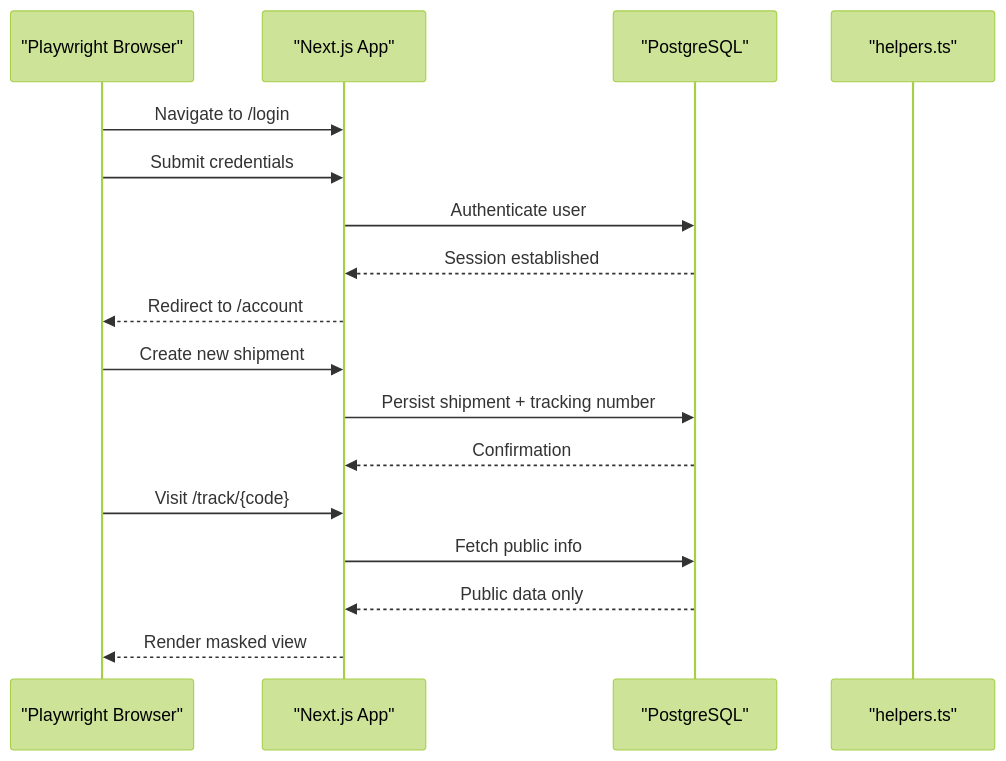
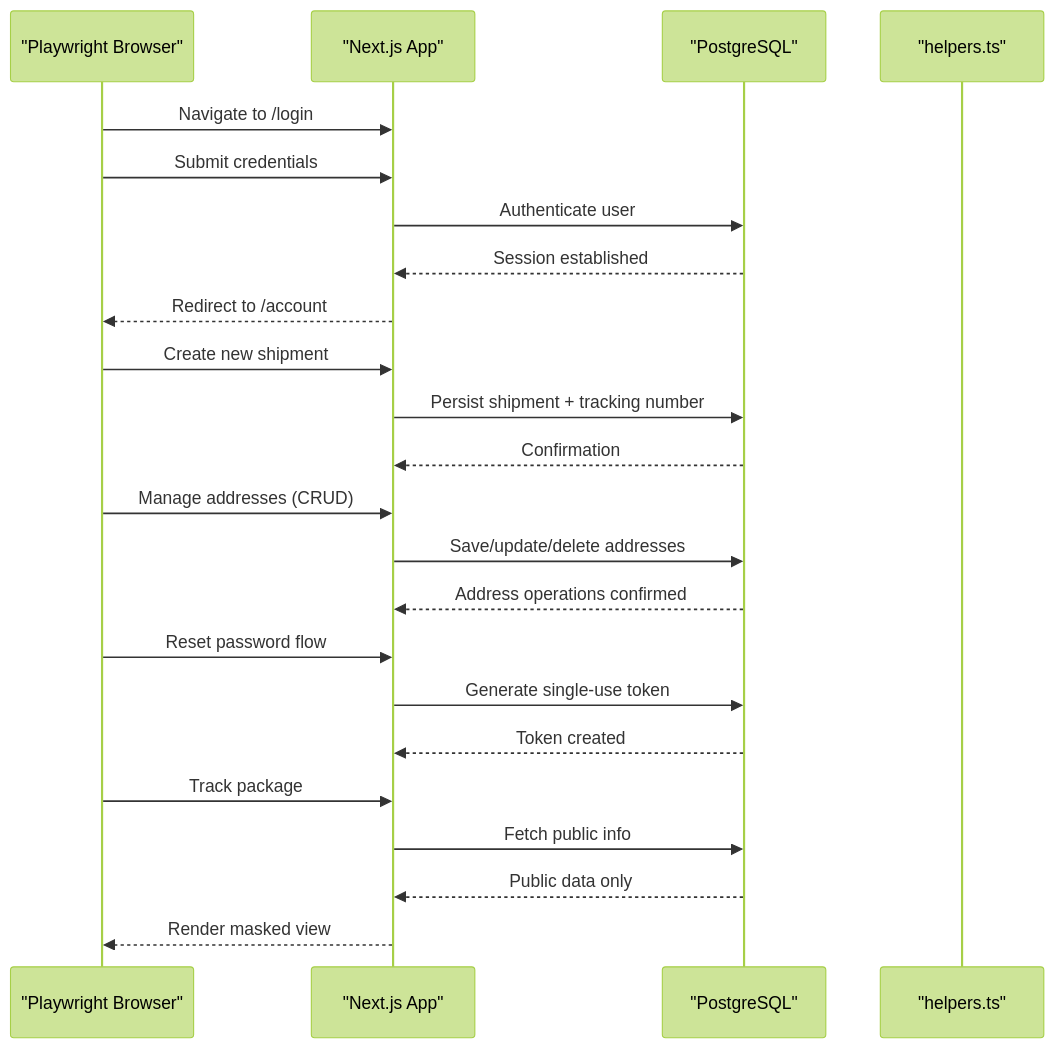
The sixth of 8 diagrams in .qoder/repowiki/en/content/Testing Guide.md (gyamposudodzi/Timberland), drawn with Mermaid (forest theme) before and after one commit. The commit also changed other lines of this file and 48 other files, not shown here.

First line of the commit message:
feat(testing): expand E2E test coverage with new user flows and dashboard features

````diff
--- a/.qoder/repowiki/en/content/Testing Guide.md
+++ b/.qoder/repowiki/en/content/Testing Guide.md
@@ -302,19 +323,25 @@
 ```mermaid
 sequenceDiagram
 participant Browser as "Playwright Browser"
 participant App as "Next.js App"
 participant DB as "PostgreSQL"
 participant Helper as "helpers.ts"
 Browser->>App : Navigate to /login
 Browser->>App : Submit credentials
 App->>DB : Authenticate user
 DB-->>App : Session established
 App-->>Browser : Redirect to /account
 Browser->>App : Create new shipment
 App->>DB : Persist shipment + tracking number
 DB-->>App : Confirmation
-Browser->>App : Visit /track/{code}
+Browser->>App : Manage addresses (CRUD)
+App->>DB : Save/update/delete addresses
+DB-->>App : Address operations confirmed
+Browser->>App : Reset password flow
+App->>DB : Generate single-use token
+DB-->>App : Token created
+Browser->>App : Track package
 App->>DB : Fetch public info
 DB-->>App : Public data only
 App-->>Browser : Render masked view
 ```
````
